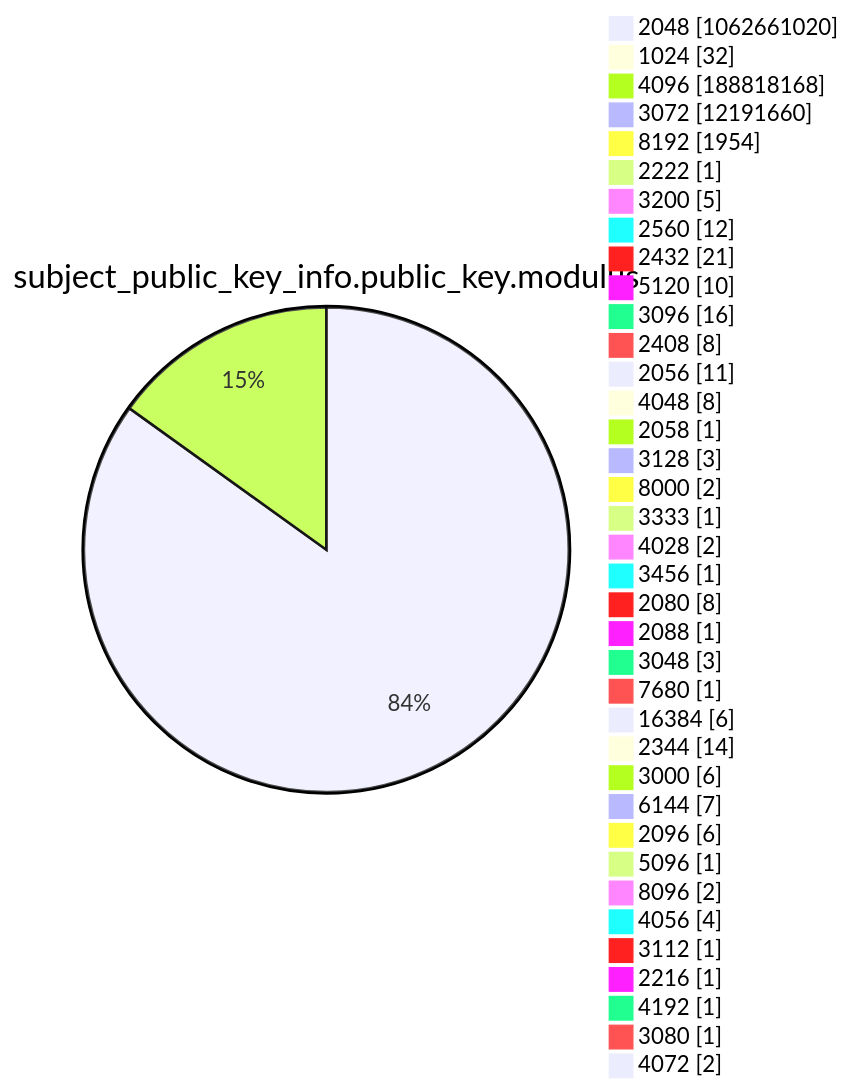
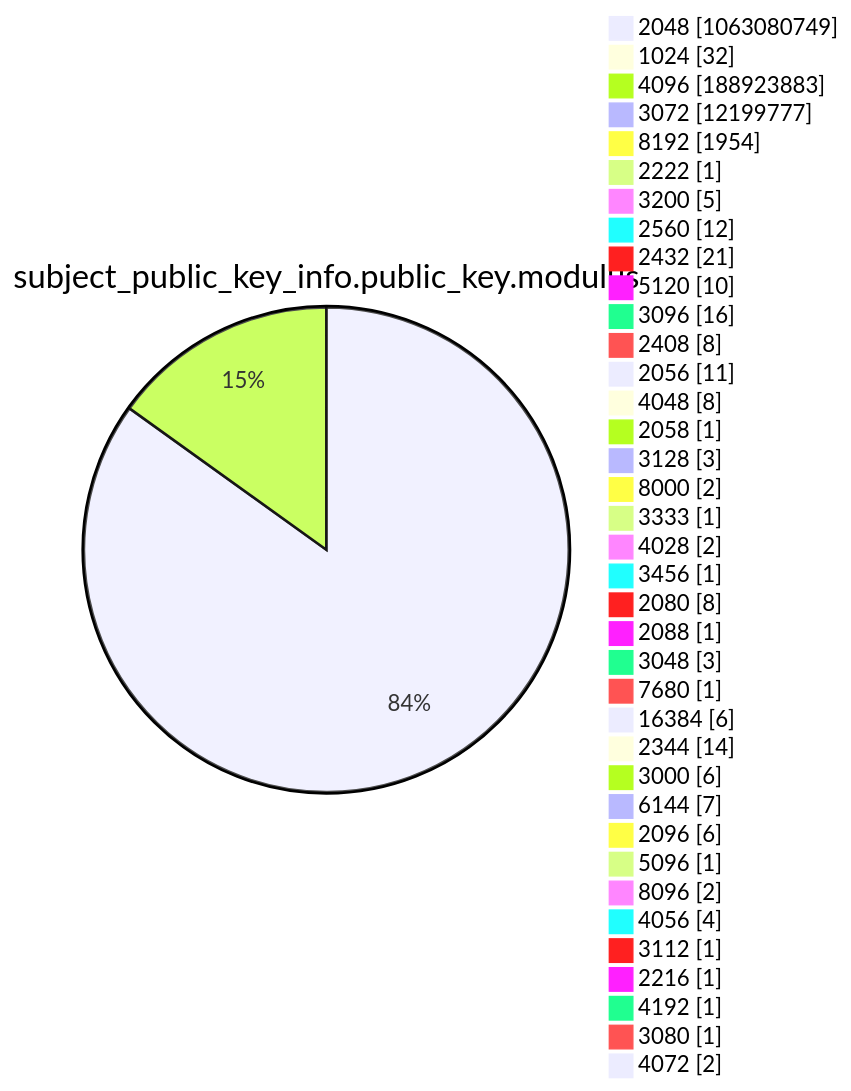
Before and after one commit to christiankrug/ctmonitor_visualization: diagram 13 of 15 in argon2022/README.md, drawn with Mermaid. The commit also changed other lines of this file, not shown here.

````diff
--- a/argon2022/README.md
+++ b/argon2022/README.md
@@ -3589,41 +3589,41 @@
 ```mermaid
 pie showData
 title subject_public_key_info.public_key.modulus
-"2048" :1062661020
+"2048" :1063080749
 "1024" :32
-"4096" :188818168
-"3072" :12191660
+"4096" :188923883
+"3072" :12199777
 "8192" :1954
 "2222" :1
 "3200" :5
 "2560" :12
 "2432" :21
 "5120" :10
 "3096" :16
 "2408" :8
 "2056" :11
 "4048" :8
 "2058" :1
 "3128" :3
 "8000" :2
 "3333" :1
 "4028" :2
 "3456" :1
 "2080" :8
 "2088" :1
 "3048" :3
 "7680" :1
 "16384" :6
 "2344" :14
 "3000" :6
 "6144" :7
 "2096" :6
 "5096" :1
 "8096" :2
 "4056" :4
 "3112" :1
 "2216" :1
 "4192" :1
 "3080" :1
 "4072" :2
 ```
````
